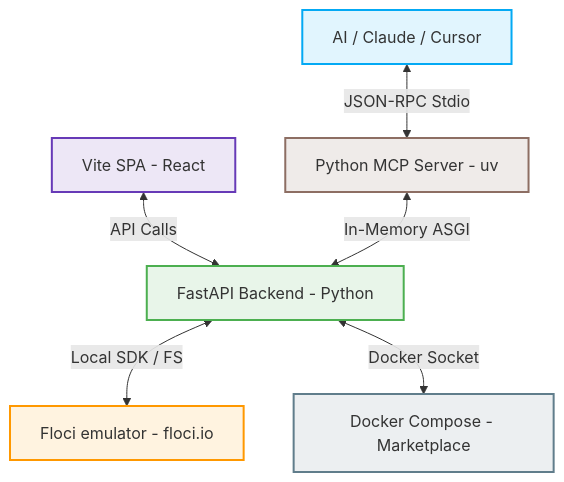
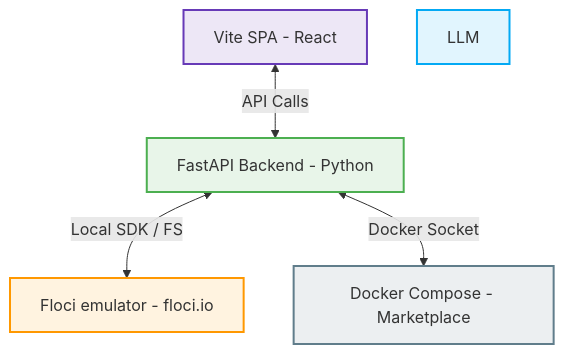
One commit to pmaojo/floci-studio changed the diagram in README.md. Above: the diagram before and after it, drawn with Mermaid. The commit also changed other lines of this file and 91 other files, not shown here.

First line of the commit message:
chore: extract the MCP server to floci-mcp-unofficial

````diff
--- a/README.md
+++ b/README.md
@@ -15,17 +15,14 @@
 ```mermaid
 graph TD
     %% Components
-    LLM[AI / Claude / Cursor] <-->|JSON-RPC Stdio| MCP[Python MCP Server - uv]
     SPA[Vite SPA - React] <-->|API Calls| Backend[FastAPI Backend - Python]
-    MCP <-->|In-Memory ASGI| Backend
     Backend <-->|Local SDK / FS| LocalStack[Floci emulator - floci.io]
     Backend <-->|Docker Socket| DockerMarket[Docker Compose - Marketplace]
 
     %% Styles
     style LLM fill:#e1f5fe,stroke:#03a9f4,stroke-width:2px
-    style MCP fill:#efebe9,stroke:#8d6e63,stroke-width:2px
     style SPA fill:#ede7f6,stroke:#673ab7,stroke-width:2px
     style Backend fill:#e8f5e9,stroke:#4caf50,stroke-width:2px
     style LocalStack fill:#fff3e0,stroke:#ff9800,stroke-width:2px
     style DockerMarket fill:#eceff1,stroke:#607d8b,stroke-width:2px
 ```
````
